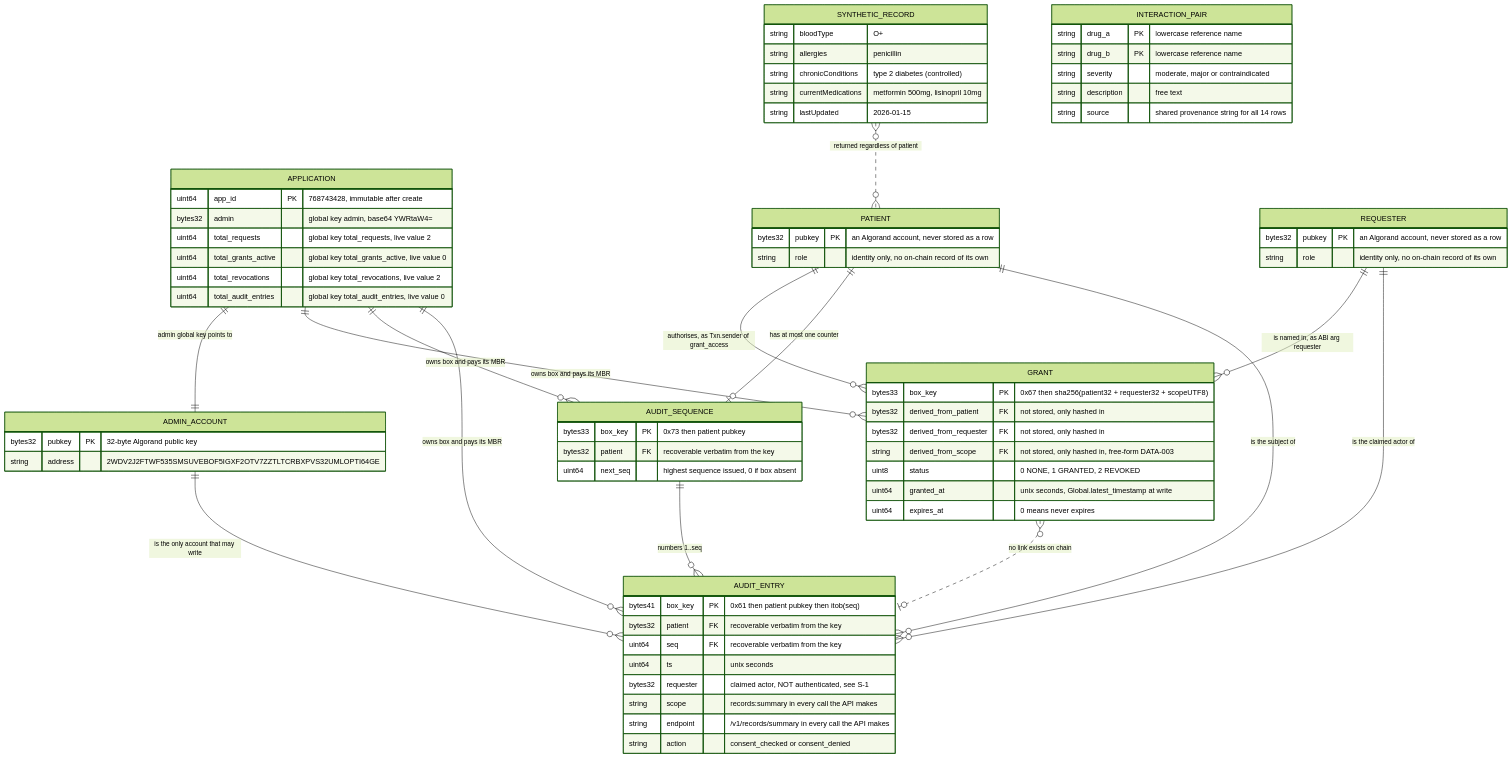
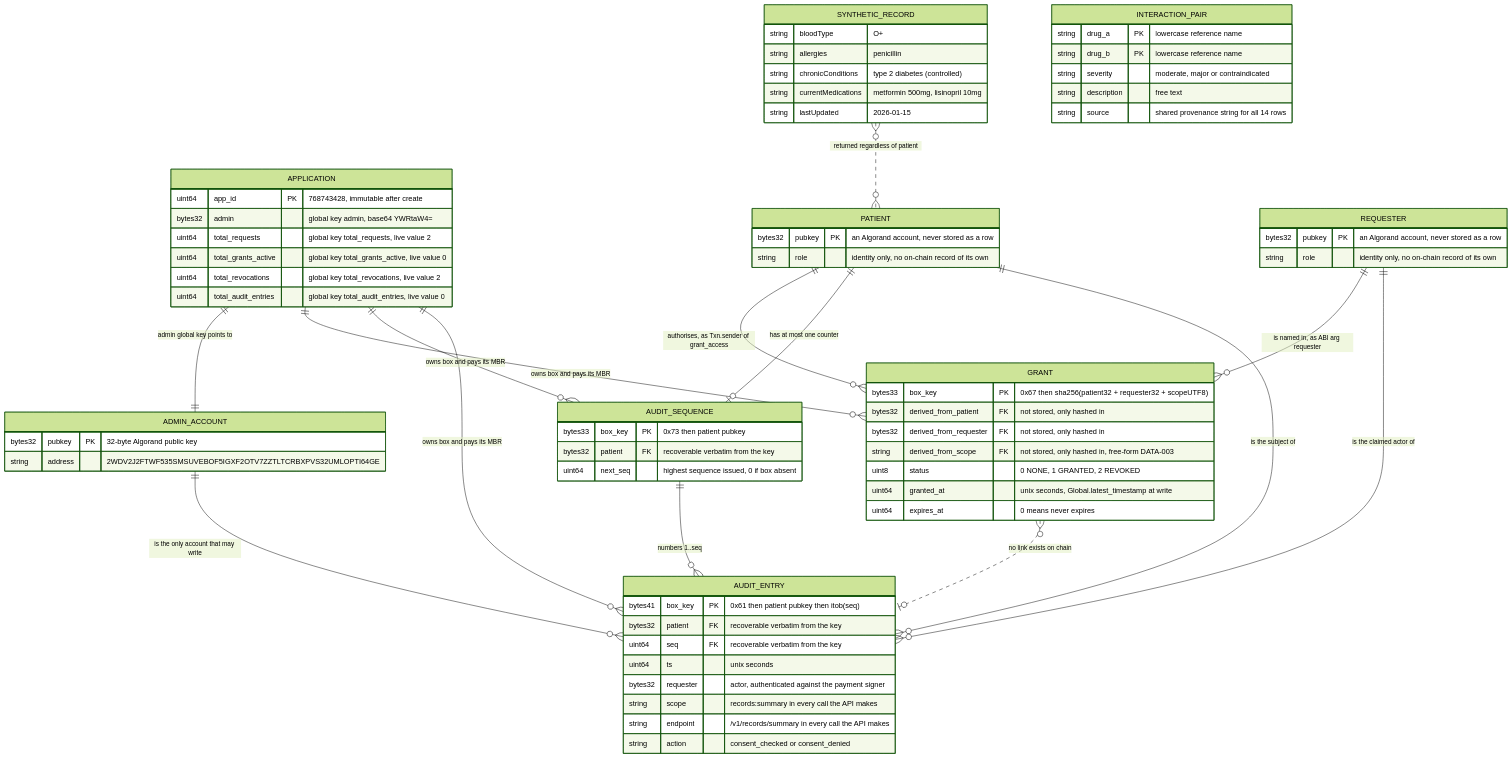
The first of 4 diagrams in docs/04_Data/ER_Diagram.md (Hydra-Of-Malice/Medrail), drawn with Mermaid (forest theme) before and after one commit. The commit also changed other lines of this file and 77 other files, not shown here.

```diff
--- a/docs/04_Data/ER_Diagram.md
+++ b/docs/04_Data/ER_Diagram.md
@@ -93,7 +93,7 @@
         bytes32 patient FK "recoverable verbatim from the key"
         uint64 seq FK "recoverable verbatim from the key"
         uint64 ts "unix seconds"
-        bytes32 requester "claimed actor, NOT authenticated, see S-1"
+        bytes32 requester "actor, authenticated against the payment signer"
         string scope "records:summary in every call the API makes"
         string endpoint "/v1/records/summary in every call the API makes"
         string action "consent_checked or consent_denied"
```
